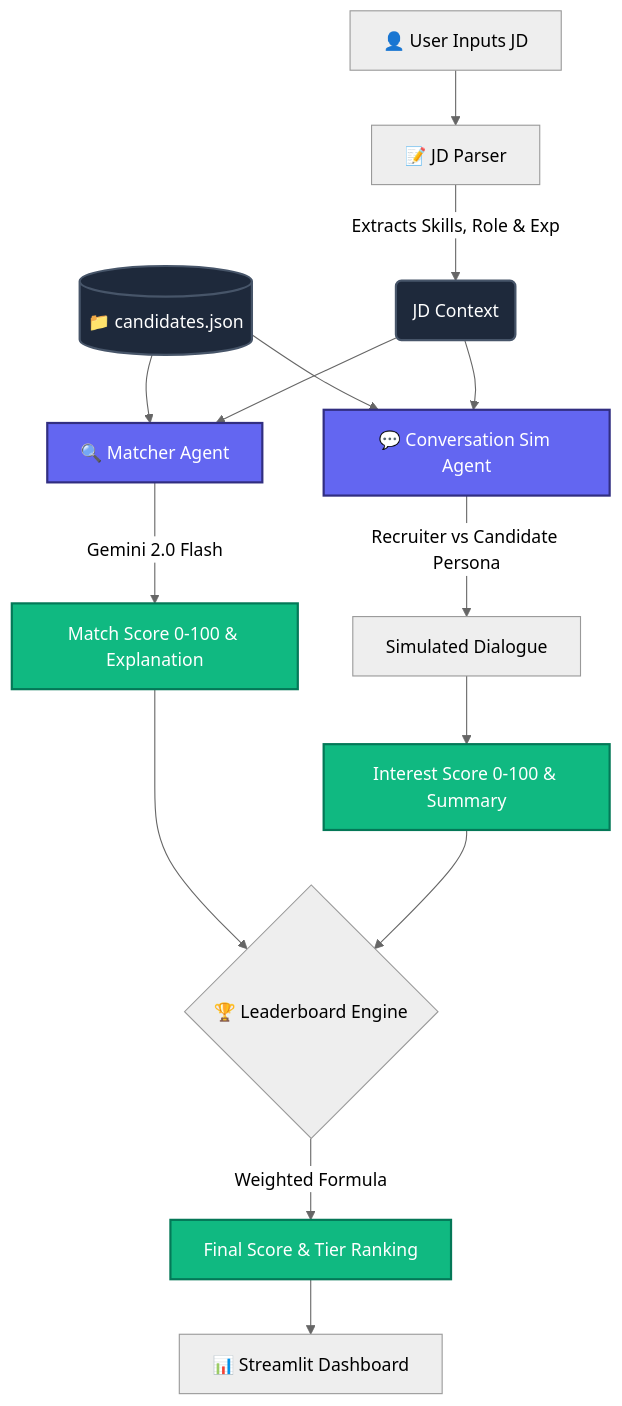
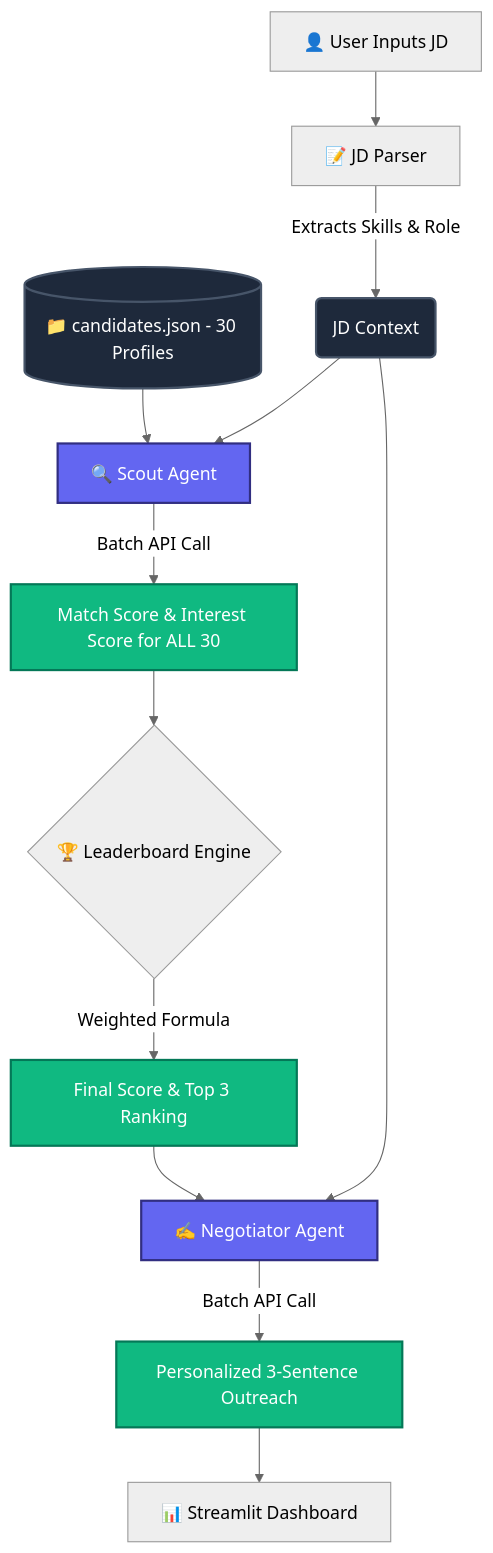
One commit to TechieSamosa/nexus-scout-catalyst changed the diagram in README.md. Above: the diagram before and after it, drawn with Mermaid (neutral theme). The commit also changed other lines of this file and 6 other files, not shown here.

Commit message:
feat: initialize candidate dataset and LLM-powered recruitment scout engine

````diff
--- a/README.md
+++ b/README.md
@@ -15,27 +15,25 @@
 ```mermaid
 flowchart TD
     A[👤 User Inputs JD] --> B[📝 JD Parser]
-    B -->|Extracts Skills, Role & Exp| C(JD Context)
+    B -->|Extracts Skills & Role| C(JD Context)
     
-    D[(📁 candidates.json)] --> E[🔍 Matcher Agent]
+    D[(📁 candidates.json - 30 Profiles)] --> E[🔍 Scout Agent]
     C --> E
-    E -->|Gemini 2.0 Flash| F[Match Score 0-100 & Explanation]
-    
-    D --> G[💬 Conversation Sim Agent]
-    C --> G
-    G -->|Recruiter vs Candidate Persona| H[Simulated Dialogue]
-    H --> I[Interest Score 0-100 & Summary]
+    E -->|Batch API Call| F[Match Score & Interest Score for ALL 30]
     
     F --> J{🏆 Leaderboard Engine}
-    I --> J
-    J -->|Weighted Formula| K[Final Score & Tier Ranking]
-    K --> L[📊 Streamlit Dashboard]
+    J -->|Weighted Formula| K[Final Score & Top 3 Ranking]
+    
+    K --> G[✍️ Negotiator Agent]
+    C --> G
+    G -->|Batch API Call| H[Personalized 3-Sentence Outreach]
+    H --> L[📊 Streamlit Dashboard]
     
     classDef agent fill:#6366f1,stroke:#312e81,stroke-width:2px,color:#fff
     classDef data fill:#1e293b,stroke:#475569,stroke-width:2px,color:#fff
     classDef score fill:#10b981,stroke:#047857,stroke-width:2px,color:#fff
     
     class E,G agent
     class D,C data
-    class F,I,K score
+    class F,K,H score
 ```
````
